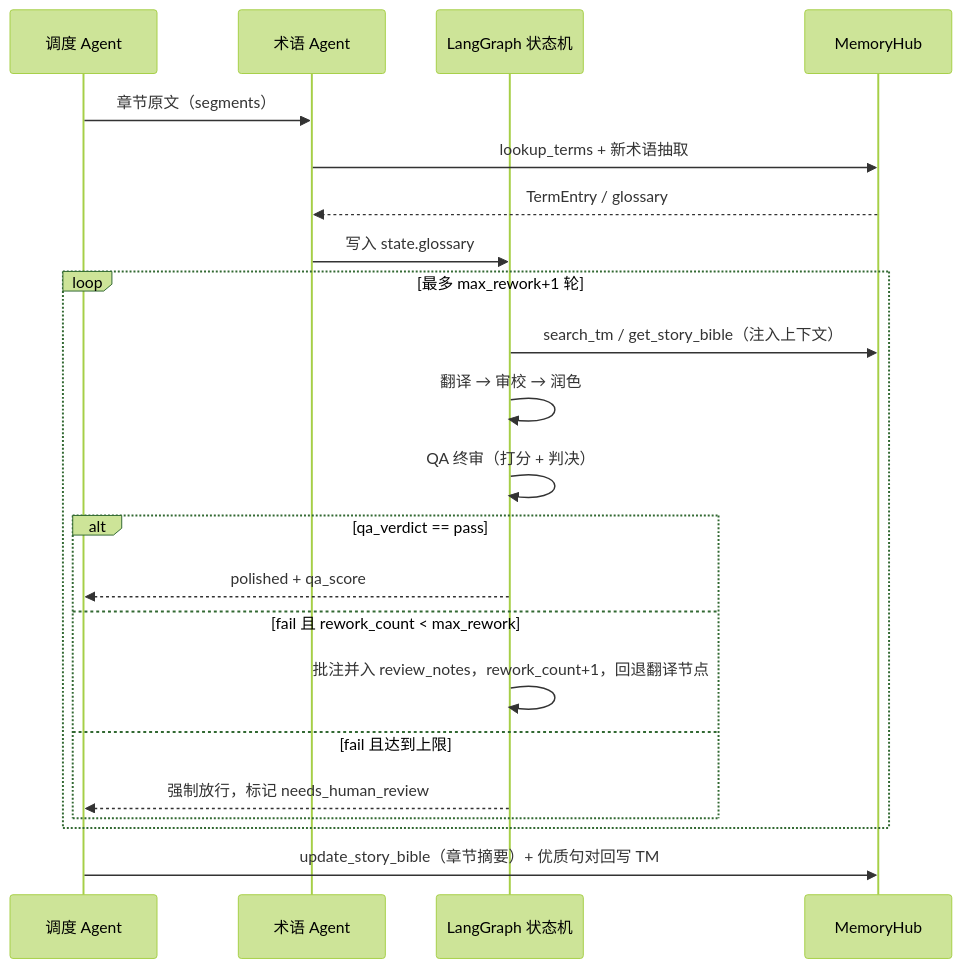
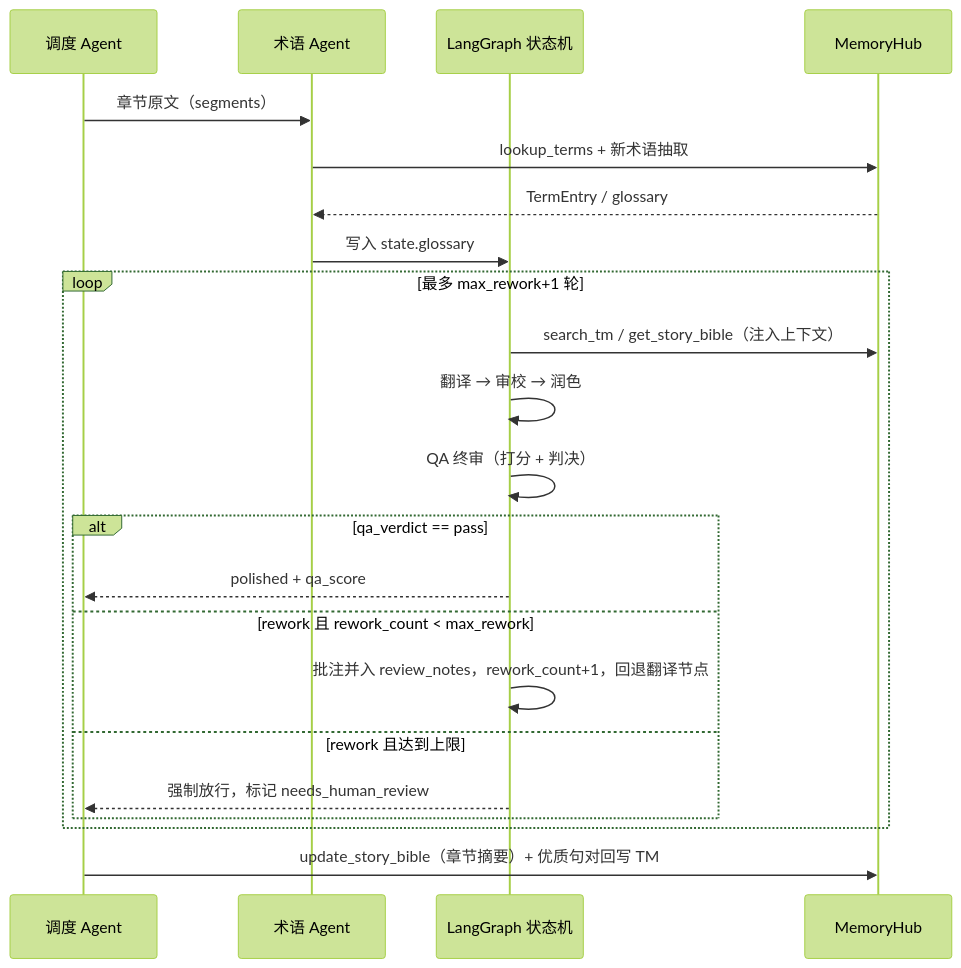
One commit to Ryan7RWZ/MultiAgent-Novel-Translation changed the second of 3 diagrams in docs/architecture.md. Above: the diagram before and after it, drawn with Mermaid (forest theme). The commit also changed other lines of this file and 39 other files, not shown here.

````diff
--- a/docs/architecture.md
+++ b/docs/architecture.md
@@ -97,25 +105,25 @@
 ```mermaid
 sequenceDiagram
     participant O as 调度 Agent
     participant G as 术语 Agent
     participant S as LangGraph 状态机
     participant M as MemoryHub
 
     O->>G: 章节原文（segments）
     G->>M: lookup_terms + 新术语抽取
     M-->>G: TermEntry / glossary
     G->>S: 写入 state.glossary
     loop 最多 max_rework+1 轮
         S->>M: search_tm / get_story_bible（注入上下文）
         S->>S: 翻译 → 审校 → 润色
         S->>S: QA 终审（打分 + 判决）
         alt qa_verdict == pass
             S-->>O: polished + qa_score
-        else fail 且 rework_count < max_rework
+        else rework 且 rework_count < max_rework
             S->>S: 批注并入 review_notes，rework_count+1，回退翻译节点
-        else fail 且达到上限
+        else rework 且达到上限
             S-->>O: 强制放行，标记 needs_human_review
         end
     end
     O->>M: update_story_bible（章节摘要）+ 优质句对回写 TM
 ```
````
